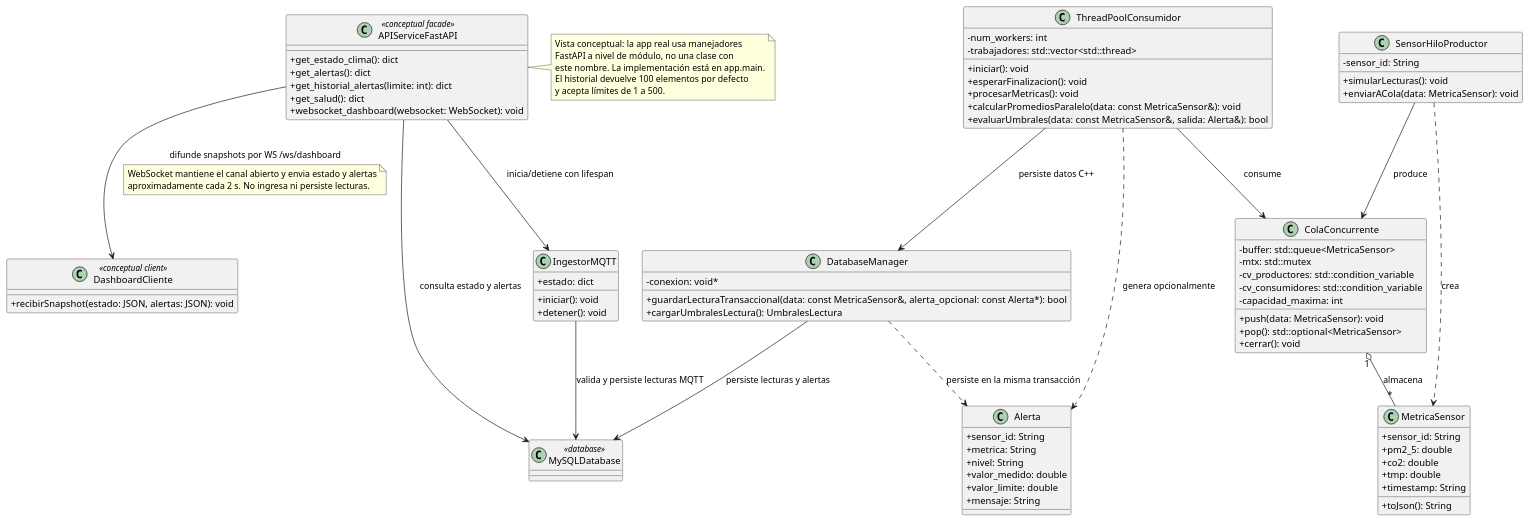
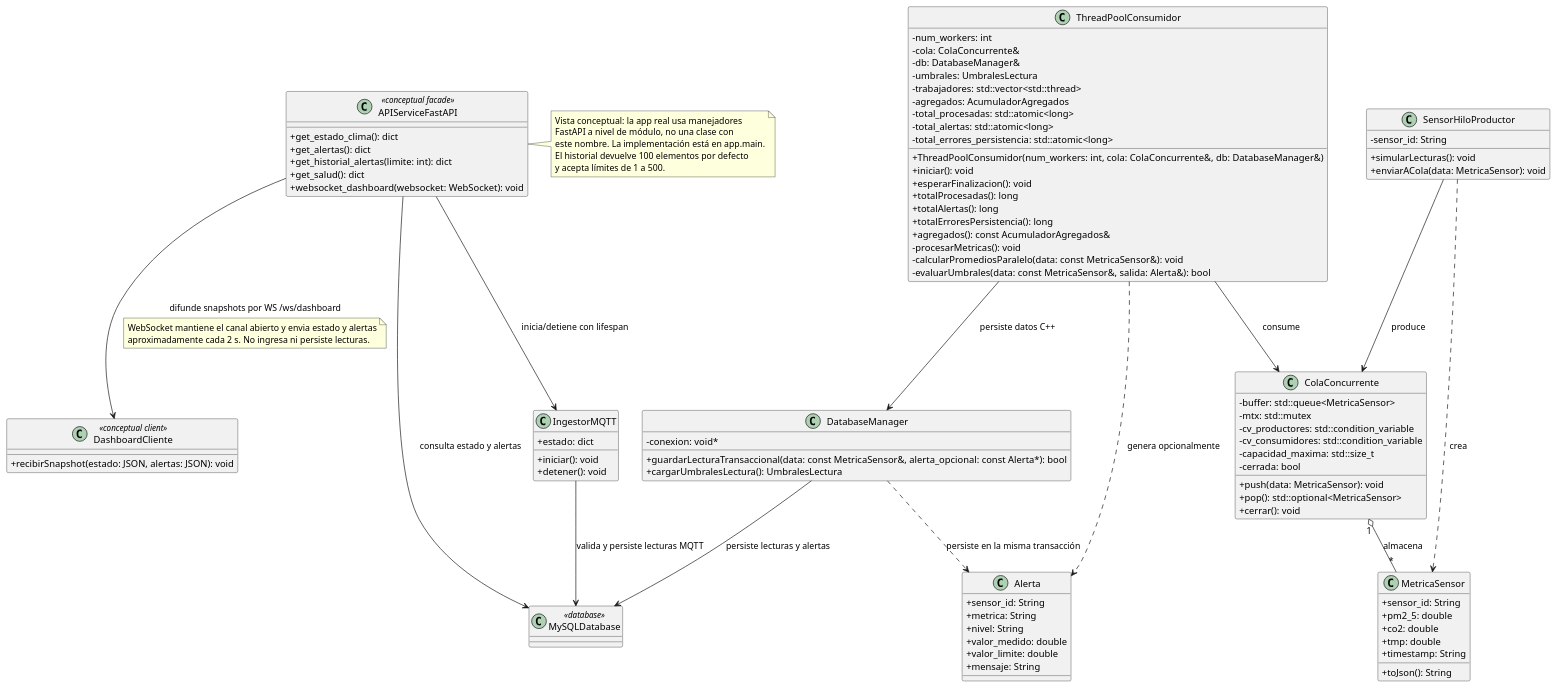
One commit to LizbethCarmona/Monitoreo-Ambiental changed the diagram in docs/uml/diagrama_clases.puml. Above: the diagram before and after it, drawn with PlantUML. The commit also changed 3 other files, not shown here.

Commit message:
docs: clarify architecture and UML contracts

```diff
--- a/docs/uml/diagrama_clases.puml
+++ b/docs/uml/diagrama_clases.puml
@@ -1,101 +1,114 @@
 @startuml
 skinparam classAttributeIconSize 0
 
 class MetricaSensor {
     + sensor_id: String
     + pm2_5: double
     + co2: double
     + tmp: double
     + timestamp: String
     + toJson(): String
 }
 
 class ColaConcurrente {
     - buffer: std::queue<MetricaSensor>
     - mtx: std::mutex
     - cv_productores: std::condition_variable
     - cv_consumidores: std::condition_variable
-    - capacidad_maxima: int
+    - capacidad_maxima: std::size_t
+    - cerrada: bool
     + push(data: MetricaSensor): void
     + pop(): std::optional<MetricaSensor>
     + cerrar(): void
 }
 
 class SensorHiloProductor {
     - sensor_id: String
     + simularLecturas(): void
     + enviarACola(data: MetricaSensor): void
 }
 
 class ThreadPoolConsumidor {
-    - num_workers: int
-    - trabajadores: std::vector<std::thread>
+    + ThreadPoolConsumidor(num_workers: int, cola: ColaConcurrente&, db: DatabaseManager&)
     + iniciar(): void
     + esperarFinalizacion(): void
-    + procesarMetricas(): void
-    + calcularPromediosParalelo(data: const MetricaSensor&): void
-    + evaluarUmbrales(data: const MetricaSensor&, salida: Alerta&): bool
+    + totalProcesadas(): long
+    + totalAlertas(): long
+    + totalErroresPersistencia(): long
+    + agregados(): const AcumuladorAgregados&
+    - procesarMetricas(): void
+    - calcularPromediosParalelo(data: const MetricaSensor&): void
+    - evaluarUmbrales(data: const MetricaSensor&, salida: Alerta&): bool
+    - num_workers: int
+    - cola: ColaConcurrente&
+    - db: DatabaseManager&
+    - umbrales: UmbralesLectura
+    - trabajadores: std::vector<std::thread>
+    - agregados: AcumuladorAgregados
+    - total_procesadas: std::atomic<long>
+    - total_alertas: std::atomic<long>
+    - total_errores_persistencia: std::atomic<long>
 }
 
 class Alerta {
     + sensor_id: String
     + metrica: String
     + nivel: String
     + valor_medido: double
     + valor_limite: double
     + mensaje: String
 }
 
 class DatabaseManager {
     - conexion: void*
     + guardarLecturaTransaccional(data: const MetricaSensor&, alerta_opcional: const Alerta*): bool
     + cargarUmbralesLectura(): UmbralesLectura
 }
 
 class MySQLDatabase <<database>>
 
 class IngestorMQTT {
     + iniciar(): void
     + detener(): void
     + estado: dict
 }
 
 class APIServiceFastAPI <<conceptual facade>> {
     + get_estado_clima(): dict
     + get_alertas(): dict
     + get_historial_alertas(limite: int): dict
     + get_salud(): dict
     + websocket_dashboard(websocket: WebSocket): void
 }
 
 class DashboardCliente <<conceptual client>> {
     + recibirSnapshot(estado: JSON, alertas: JSON): void
 }
 
 note right of APIServiceFastAPI
   Vista conceptual: la app real usa manejadores
   FastAPI a nivel de módulo, no una clase con
   este nombre. La implementación está en app.main.
   El historial devuelve 100 elementos por defecto
   y acepta límites de 1 a 500.
 end note
 
 SensorHiloProductor ..> MetricaSensor : crea
 ColaConcurrente "1" o-- "*" MetricaSensor : almacena
 SensorHiloProductor --> ColaConcurrente : produce
 ThreadPoolConsumidor --> ColaConcurrente : consume
 ThreadPoolConsumidor --> DatabaseManager : persiste datos C++
 ThreadPoolConsumidor ..> Alerta : genera opcionalmente
 DatabaseManager ..> Alerta : persiste en la misma transacción
 DatabaseManager --> MySQLDatabase : persiste lecturas y alertas
 APIServiceFastAPI --> IngestorMQTT : inicia/detiene con lifespan
 APIServiceFastAPI --> MySQLDatabase : consulta estado y alertas
 IngestorMQTT --> MySQLDatabase : valida y persiste lecturas MQTT
 APIServiceFastAPI --> DashboardCliente : difunde snapshots por WS /ws/dashboard
 
 note on link
   WebSocket mantiene el canal abierto y envia estado y alertas
   aproximadamente cada 2 s. No ingresa ni persiste lecturas.
 end note
 
 @enduml
```
